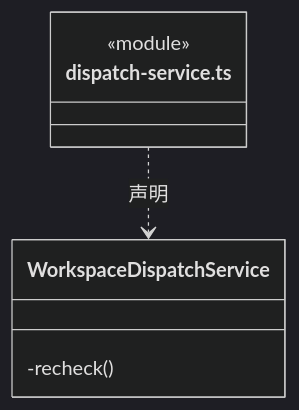
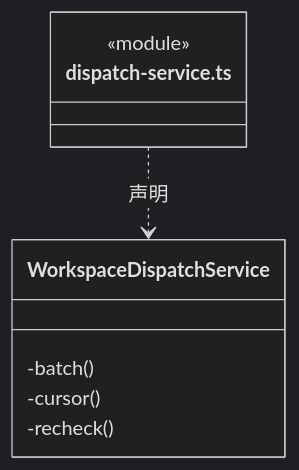
The eighth of 50 diagrams in src/backend/scheduler-engine/execution/ARCHITECTURE.md (nan023062/cbim), drawn with Mermaid (dark theme) before and after one commit. The commit also changed other lines of this file and 53 other files, not shown here.

````diff
--- a/src/backend/scheduler-engine/execution/ARCHITECTURE.md
+++ b/src/backend/scheduler-engine/execution/ARCHITECTURE.md
@@ -260,10 +261,12 @@
 ```mermaid
 classDiagram
 class N_src_backend_scheduler_engine_execution_dispatch_service_ts["dispatch-service.ts"] {
   <<module>>
 }
 class N_src_backend_scheduler_engine_execution_dispatch_service_ts_WorkspaceDispatchService["WorkspaceDispatchService"] {
+  -batch()
+  -cursor()
   -recheck()
 }
 N_src_backend_scheduler_engine_execution_dispatch_service_ts ..> N_src_backend_scheduler_engine_execution_dispatch_service_ts_WorkspaceDispatchService : 声明
 ```
````
